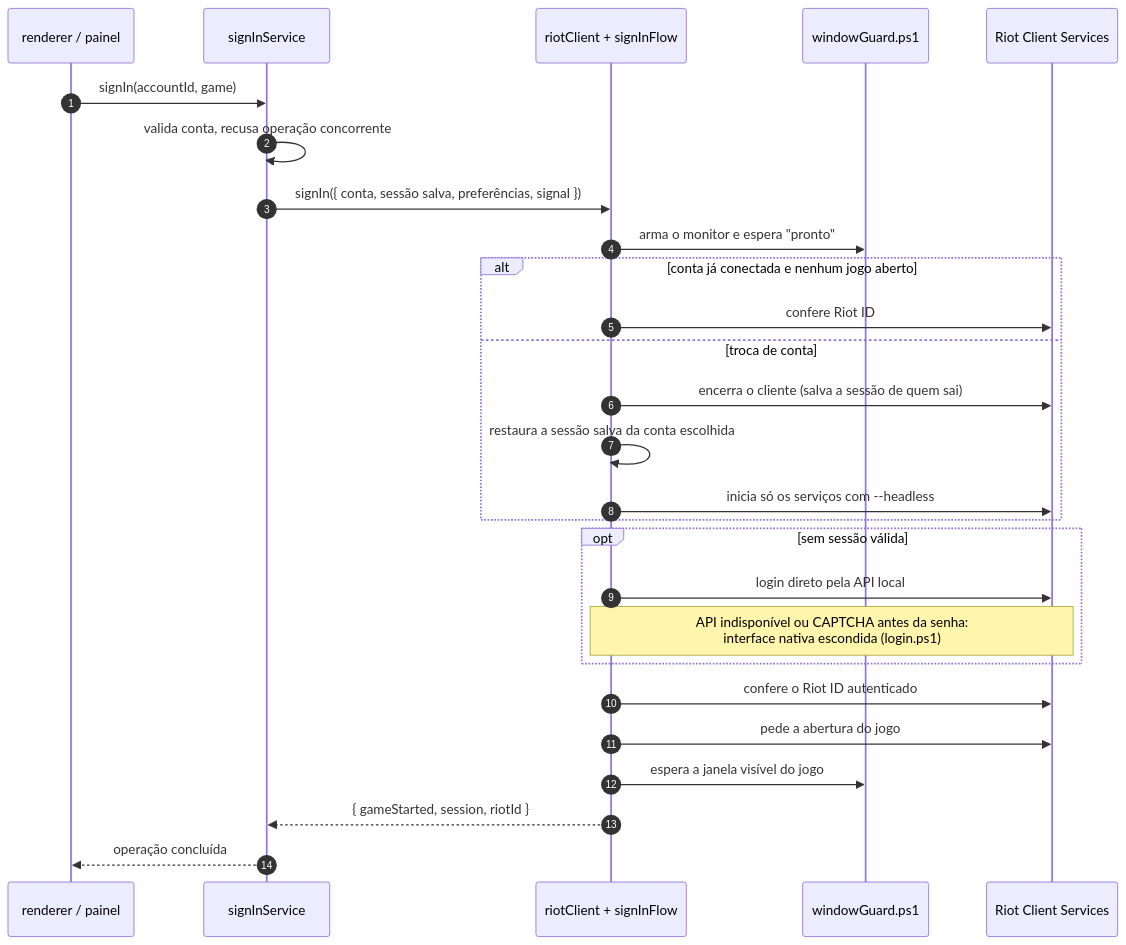
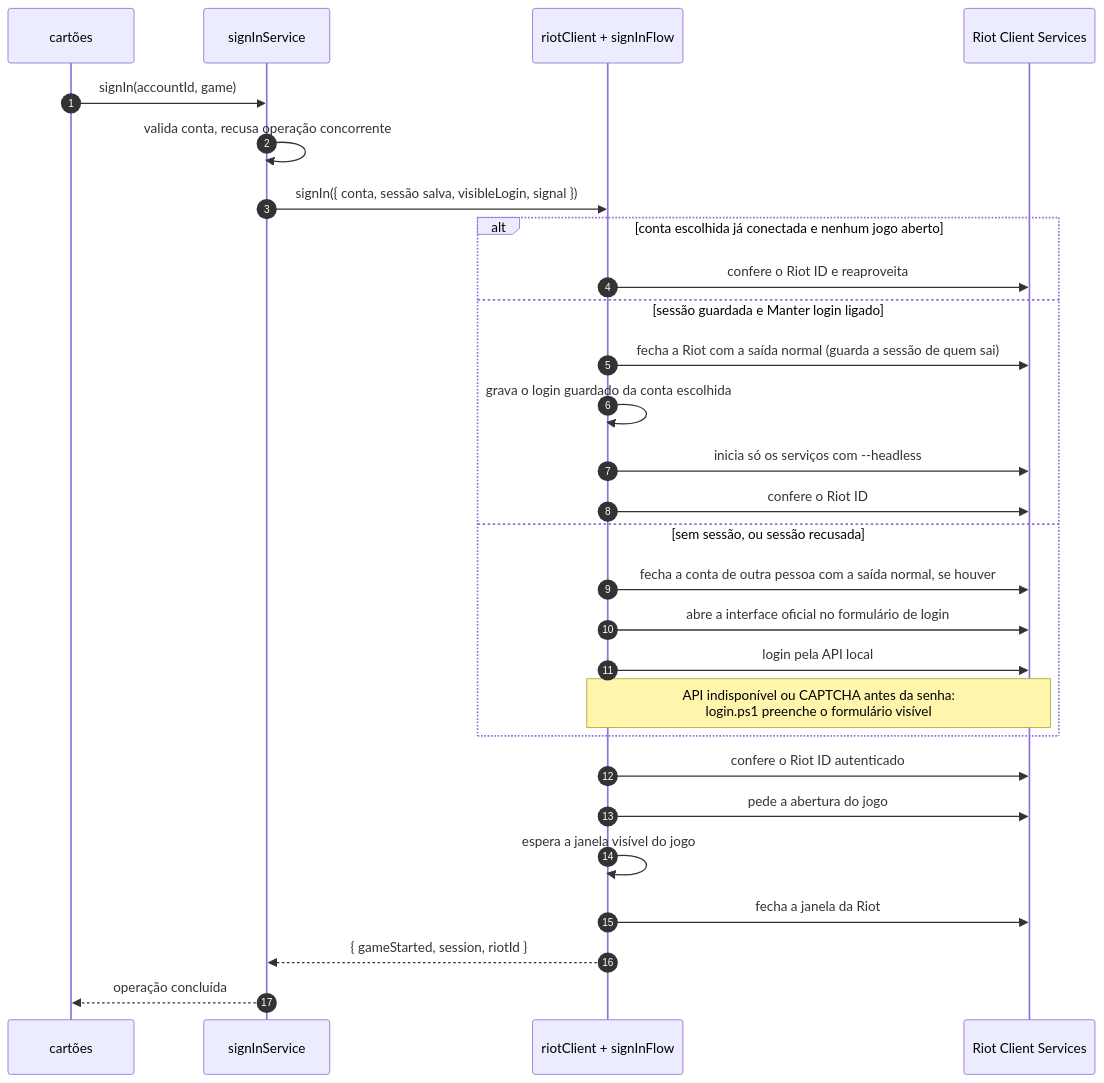
The diagram in docs/02 Arquitetura/Fluxo de login.md (arthurmchd/eclipse), drawn with Mermaid before and after one commit. The commit also changed other lines of this file and 132 other files, not shown here.

First line of the commit message:
Remove o modo antigo com a cópia privada da Riot

````diff
--- a/docs/02 Arquitetura/Fluxo de login.md
+++ b/docs/02 Arquitetura/Fluxo de login.md
@@ -10,30 +10,31 @@
 ```mermaid
 sequenceDiagram
   autonumber
-  participant UI as renderer / painel
+  participant UI as cartões
   participant SS as signInService
   participant RC as riotClient + signInFlow
-  participant WG as windowGuard.ps1
   participant RCS as Riot Client Services
 
   UI->>SS: signIn(accountId, game)
   SS->>SS: valida conta, recusa operação concorrente
-  SS->>RC: signIn({ conta, sessão salva, preferências, signal })
-  RC->>WG: arma o monitor e espera "pronto"
-  alt conta já conectada e nenhum jogo aberto
-    RC->>RCS: confere Riot ID
-  else troca de conta
-    RC->>RCS: encerra o cliente (salva a sessão de quem sai)
-    RC->>RC: restaura a sessão salva da conta escolhida
+  SS->>RC: signIn({ conta, sessão salva, visibleLogin, signal })
+  alt conta escolhida já conectada e nenhum jogo aberto
+    RC->>RCS: confere o Riot ID e reaproveita
+  else sessão guardada e Manter login ligado
+    RC->>RCS: fecha a Riot com a saída normal (guarda a sessão de quem sai)
+    RC->>RC: grava o login guardado da conta escolhida
     RC->>RCS: inicia só os serviços com --headless
-  end
-  opt sem sessão válida
-    RC->>RCS: login direto pela API local
-    Note over RC,RCS: API indisponível ou CAPTCHA antes da senha:<br/>interface nativa escondida (login.ps1)
+    RC->>RCS: confere o Riot ID
+  else sem sessão, ou sessão recusada
+    RC->>RCS: fecha a conta de outra pessoa com a saída normal, se houver
+    RC->>RCS: abre a interface oficial no formulário de login
+    RC->>RCS: login pela API local
+    Note over RC,RCS: API indisponível ou CAPTCHA antes da senha:<br/>login.ps1 preenche o formulário visível
   end
   RC->>RCS: confere o Riot ID autenticado
   RC->>RCS: pede a abertura do jogo
-  RC->>WG: espera a janela visível do jogo
+  RC->>RC: espera a janela visível do jogo
+  RC->>RCS: fecha a janela da Riot
   RC-->>SS: { gameStarted, session, riotId }
   SS-->>UI: operação concluída
 ```
````
